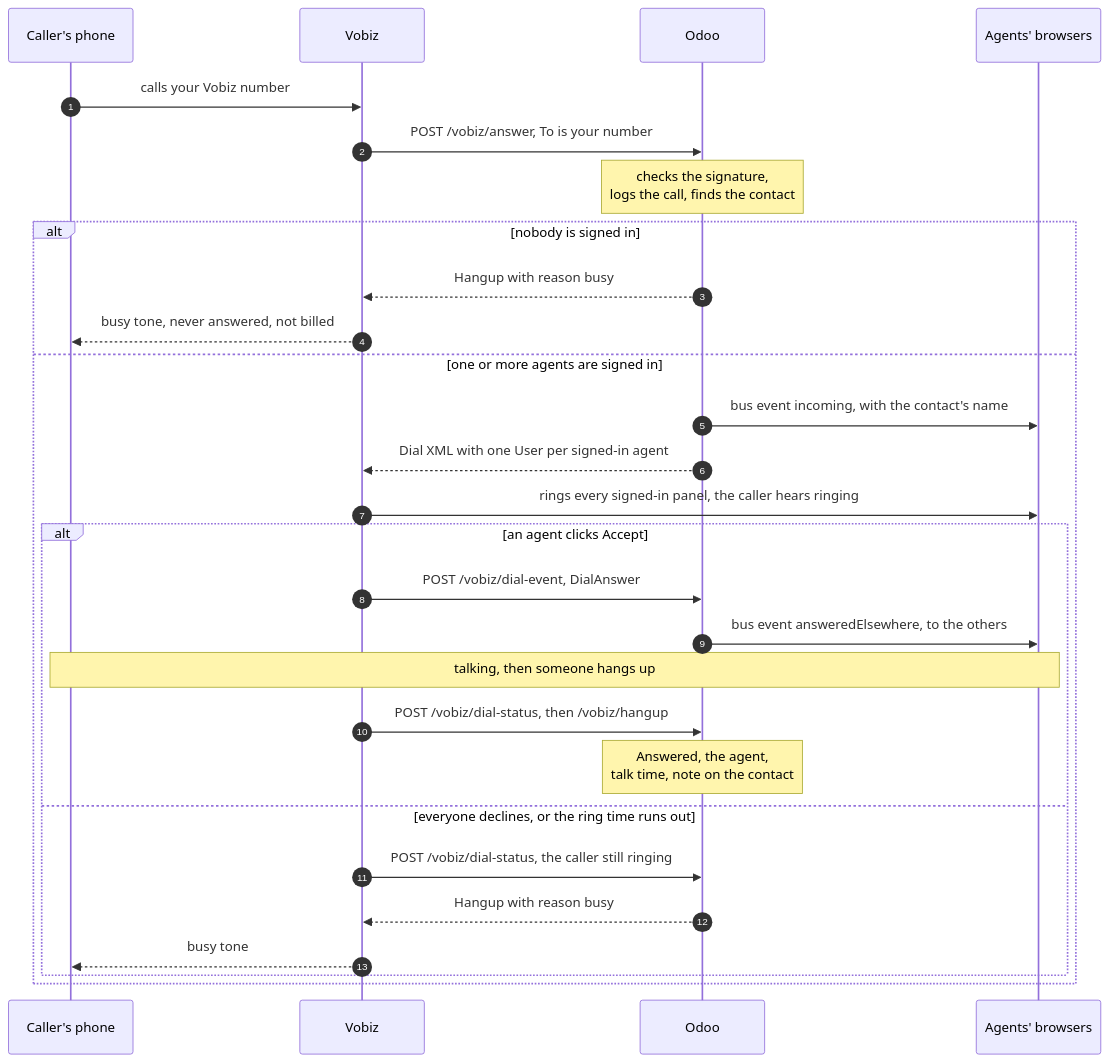
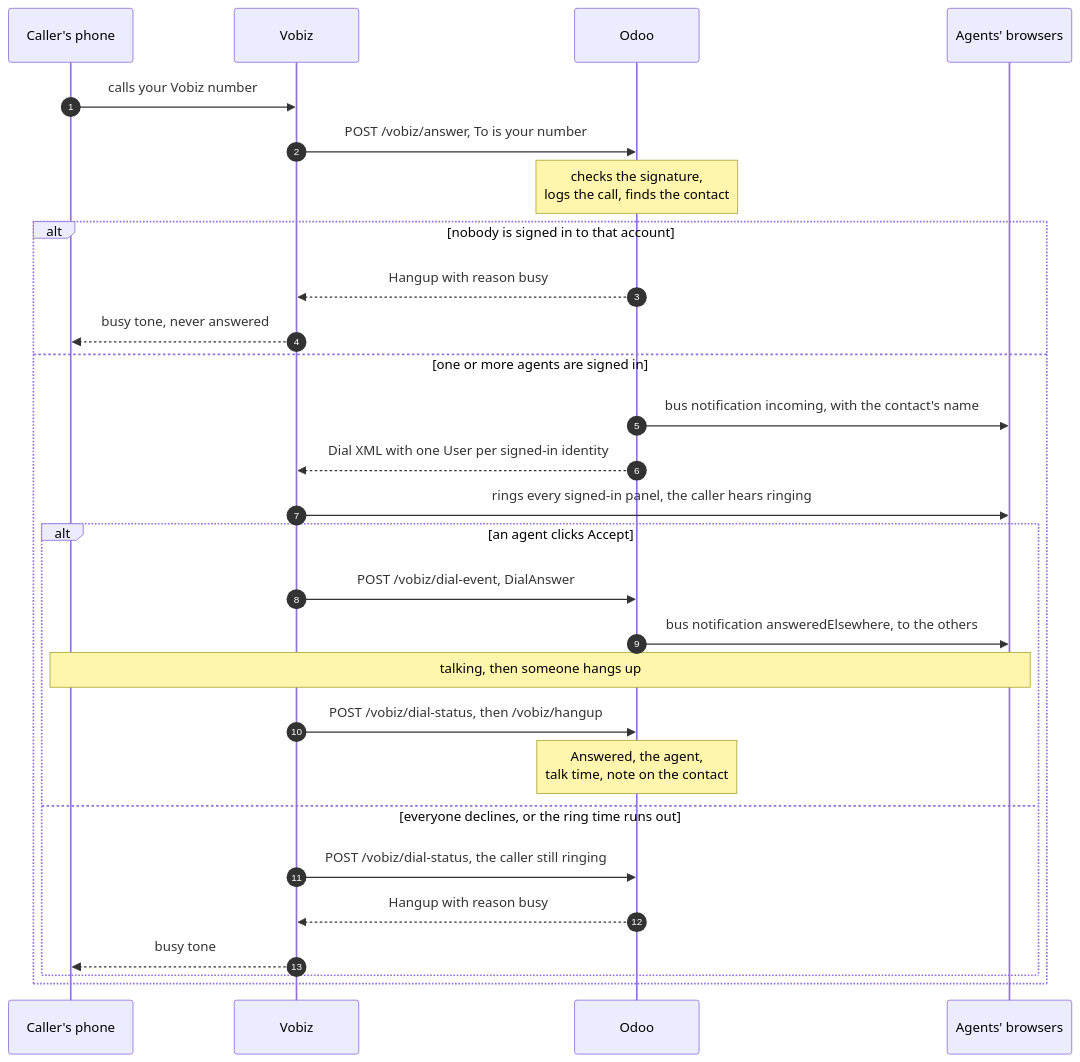
Before and after one commit to vobiz-ai/odoo-vobiz-calling: the sixth of 6 diagrams in README.md, drawn with Mermaid. The commit also changed other lines of this file, not shown here.

````diff
--- a/README.md
+++ b/README.md
@@ -173,30 +835,30 @@
 ```mermaid
 sequenceDiagram
     autonumber
     participant P as Caller's phone
     participant V as Vobiz
     participant O as Odoo
     participant A as Agents' browsers
     P->>V: calls your Vobiz number
     V->>O: POST /vobiz/answer, To is your number
     Note over O: checks the signature,<br/>logs the call, finds the contact
-    alt nobody is signed in
+    alt nobody is signed in to that account
         O-->>V: Hangup with reason busy
-        V-->>P: busy tone, never answered, not billed
+        V-->>P: busy tone, never answered
     else one or more agents are signed in
-        O->>A: bus event incoming, with the contact's name
-        O-->>V: Dial XML with one User per signed-in agent
+        O->>A: bus notification incoming, with the contact's name
+        O-->>V: Dial XML with one User per signed-in identity
         V->>A: rings every signed-in panel, the caller hears ringing
         alt an agent clicks Accept
             V->>O: POST /vobiz/dial-event, DialAnswer
-            O->>A: bus event answeredElsewhere, to the others
+            O->>A: bus notification answeredElsewhere, to the others
             Note over P,A: talking, then someone hangs up
             V->>O: POST /vobiz/dial-status, then /vobiz/hangup
             Note over O: Answered, the agent,<br/>talk time, note on the contact
         else everyone declines, or the ring time runs out
             V->>O: POST /vobiz/dial-status, the caller still ringing
             O-->>V: Hangup with reason busy
             V-->>P: busy tone
         end
     end
 ```
````
